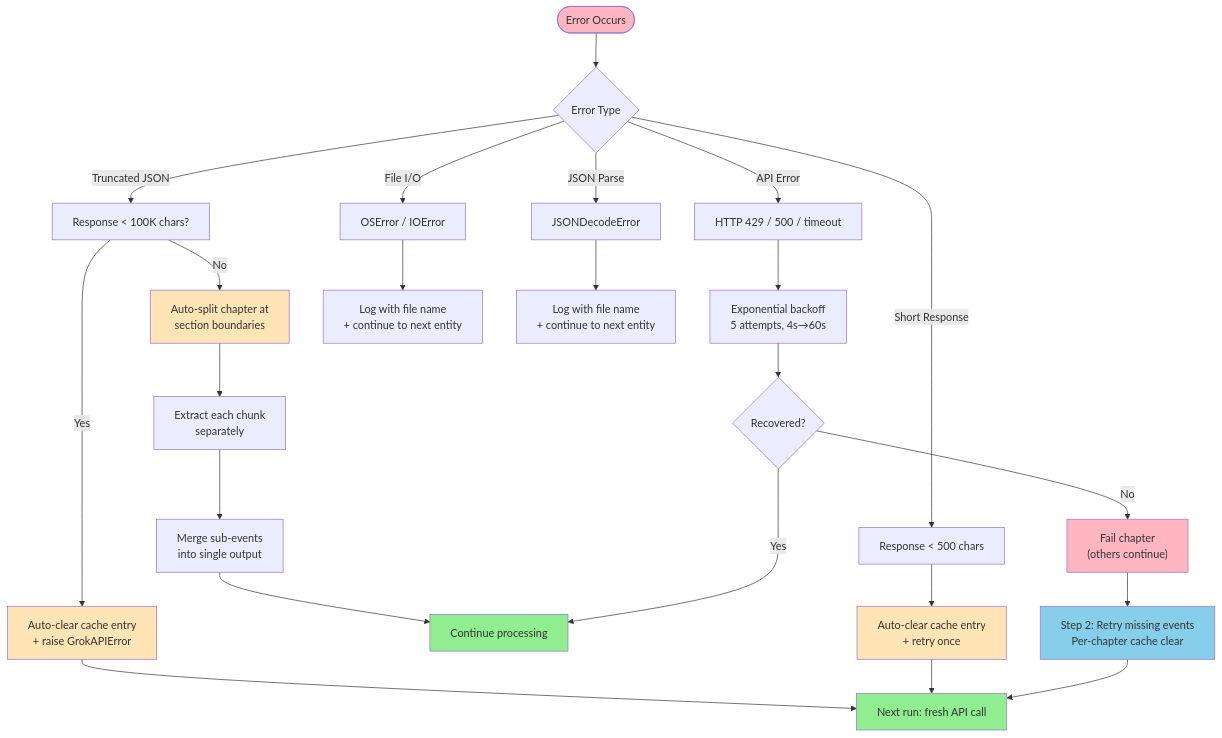
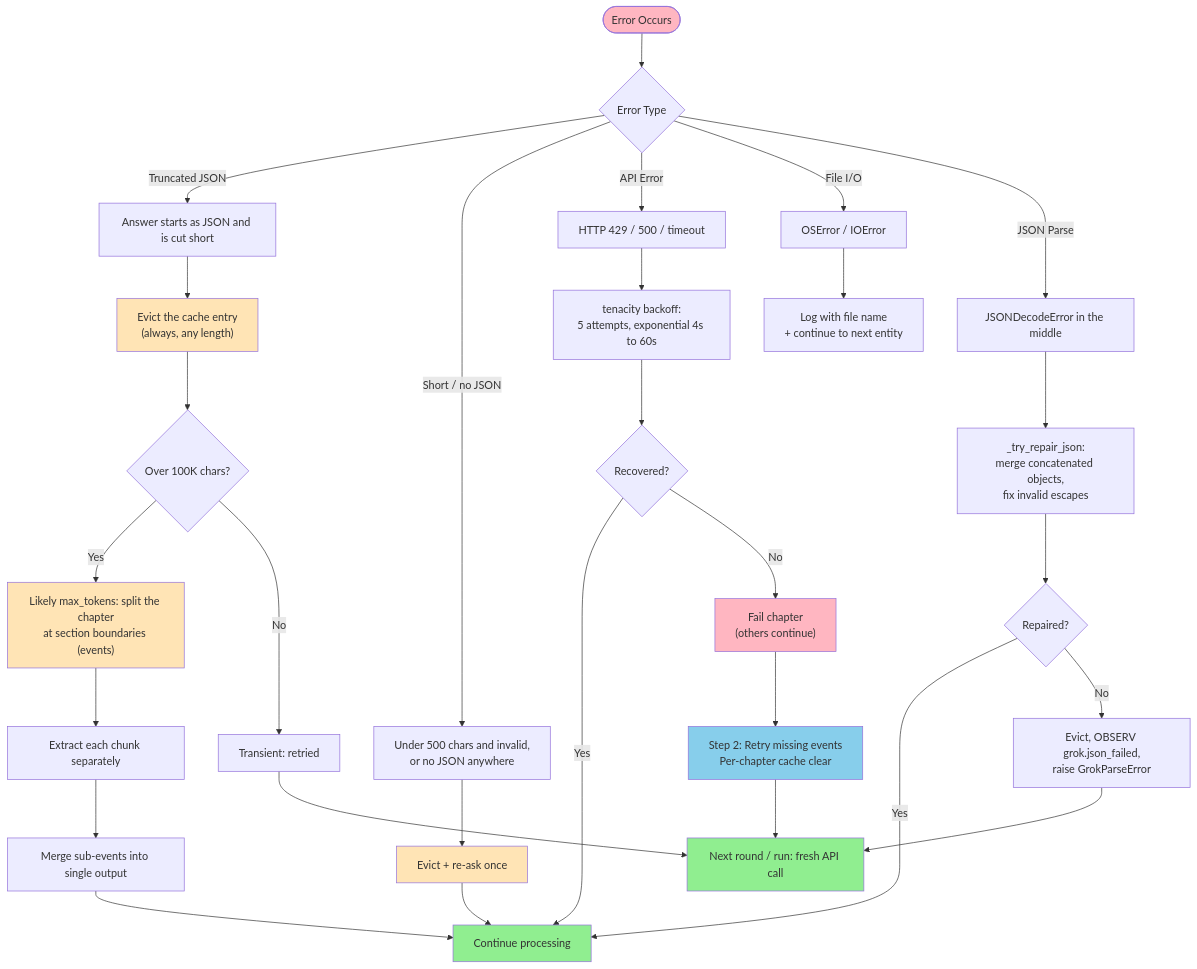
Before and after one commit to elasticfusion/SecondWorldWarAsData: diagram 11 of 12 in docs/current/core/WORKFLOW_DIAGRAMS.md, drawn with Mermaid. The commit also changed other lines of this file and 8043 other files, not shown here.

````diff
--- a/docs/current/core/WORKFLOW_DIAGRAMS.md
+++ b/docs/current/core/WORKFLOW_DIAGRAMS.md
@@ -445,41 +427,46 @@
 ```mermaid
 flowchart TD
     Error([Error Occurs]) --> Classify{Error Type}
-    
-    Classify -->|Truncated JSON| Truncated["Response < 100K chars?"]
-    Classify -->|Short Response| Short["Response < 500 chars"]
+
+    Classify -->|Truncated JSON| Truncated["Answer starts as JSON and is cut short"]
+    Classify -->|"Short / no JSON"| Short["Under 500 chars and invalid,<br/>or no JSON anywhere"]
     Classify -->|API Error| APIErr["HTTP 429 / 500 / timeout"]
     Classify -->|File I/O| FileErr["OSError / IOError"]
-    Classify -->|JSON Parse| JSONErr["JSONDecodeError"]
-    
-    Truncated -->|Yes| AutoClear1["Auto-clear cache entry<br/>+ raise GrokAPIError"]
-    Truncated -->|No| AutoSplit["Auto-split chapter at<br/>section boundaries"]
-    AutoSplit --> ExtractChunks["Extract each chunk<br/>separately"]
-    ExtractChunks --> MergeResults["Merge sub-events<br/>into single output"]
+    Classify -->|JSON Parse| JSONErr["JSONDecodeError in the middle"]
+
+    Truncated --> AutoClear1["Evict the cache entry<br/>(always, any length)"]
+    AutoClear1 --> Size{"Over 100K chars?"}
+    Size -->|Yes| AutoSplit["Likely max_tokens: split the chapter<br/>at section boundaries (events)"]
+    Size -->|No| Retry1["Transient: retried"]
+    AutoSplit --> ExtractChunks["Extract each chunk separately"]
+    ExtractChunks --> MergeResults["Merge sub-events into single output"]
     MergeResults --> Continue
-    
-    Short --> AutoClear2["Auto-clear cache entry<br/>+ retry once"]
-    
-    APIErr --> Backoff["Exponential backoff<br/>5 attempts, 4s→60s"]
+
+    Short --> AutoClear2["Evict + re-ask once"]
+    AutoClear2 --> Continue
+
+    APIErr --> Backoff["tenacity backoff:<br/>5 attempts, exponential 4s to 60s"]
     Backoff --> Recovered{Recovered?}
     Recovered -->|Yes| Continue[Continue processing]
     Recovered -->|No| FailChapter["Fail chapter<br/>(others continue)"]
-    
+
+    JSONErr --> Repair["_try_repair_json:<br/>merge concatenated objects,<br/>fix invalid escapes"]
+    Repair --> Fixed{Repaired?}
+    Fixed -->|Yes| Continue
+    Fixed -->|No| Loud["Evict, OBSERV grok.json_failed,<br/>raise GrokParseError"]
     FileErr --> LogFile["Log with file name<br/>+ continue to next entity"]
-    JSONErr --> LogJSON["Log with file name<br/>+ continue to next entity"]
-    
-    AutoClear1 --> NextRun["Next run: fresh API call"]
-    AutoClear2 --> NextRun
-    
+
+    Retry1 --> NextRun["Next round / run: fresh API call"]
+    Loud --> NextRun
     FailChapter --> RetryStep["Step 2: Retry missing events<br/>Per-chapter cache clear"]
     RetryStep --> NextRun
-    
+
     style Error fill:#FFB6C1
     style AutoClear1 fill:#FFE4B5
     style AutoClear2 fill:#FFE4B5
     style AutoSplit fill:#FFE4B5
     style Continue fill:#90EE90
     style NextRun fill:#90EE90
     style FailChapter fill:#FFB6C1
     style RetryStep fill:#87CEEB
 ```
````
